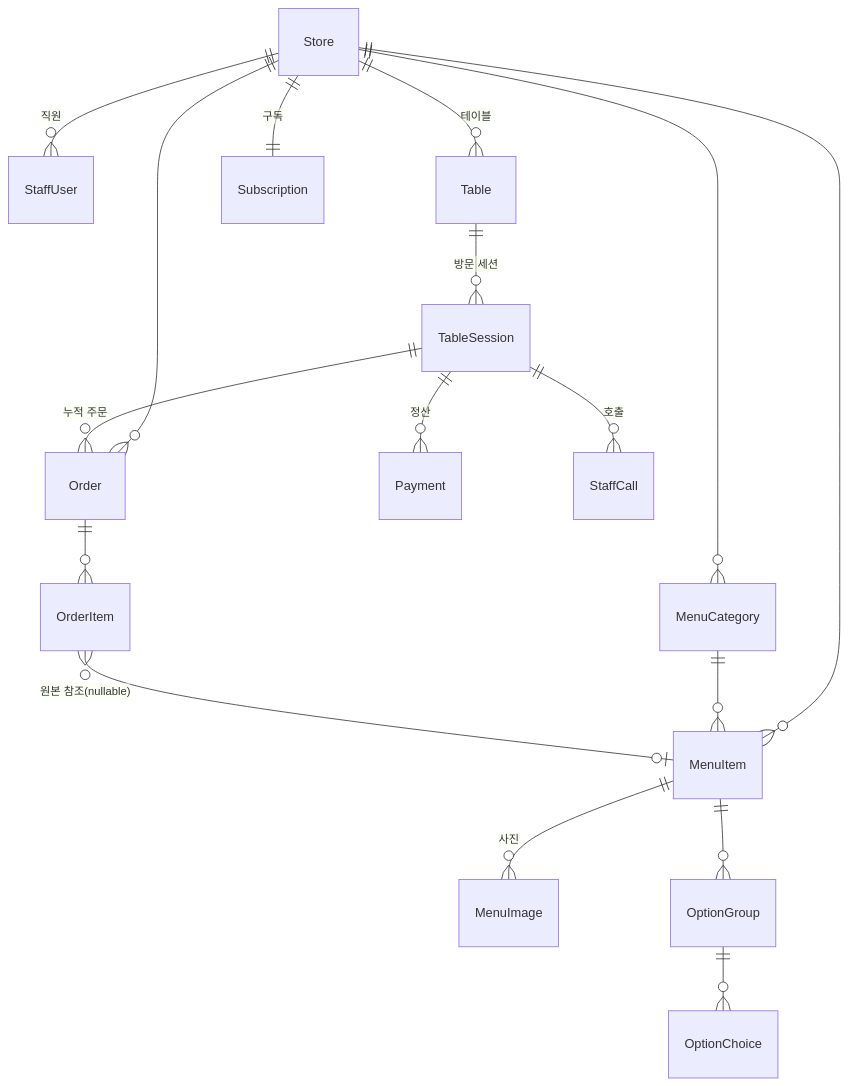
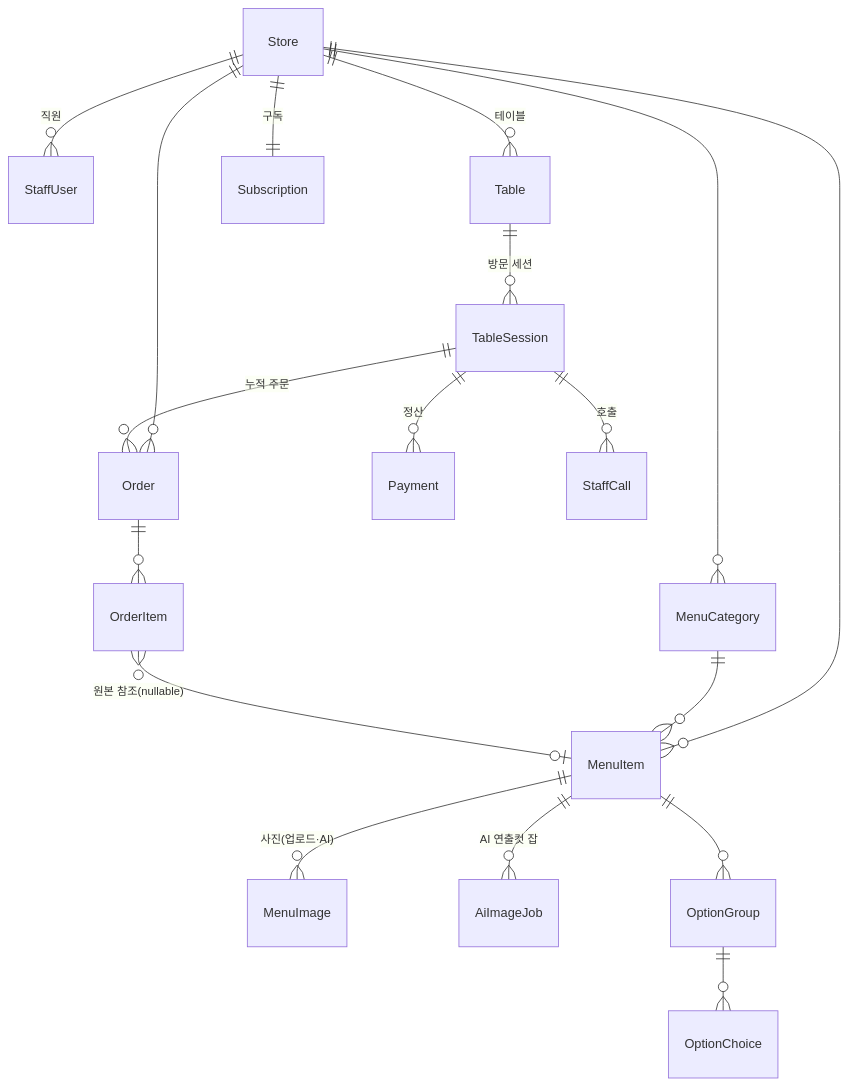
One commit to papascompany/intranet changed the first of 3 diagrams in table-order/docs/03-data-model.md. Above: the diagram before and after it, drawn with Mermaid. The commit also changed other lines of this file and 13 other files, not shown here.

````diff
--- a/table-order/docs/03-data-model.md
+++ b/table-order/docs/03-data-model.md
@@ -8,19 +8,20 @@
 ```mermaid
 erDiagram
     Store ||--o{ StaffUser : "직원"
     Store ||--o{ Table : "테이블"
     Store ||--o{ MenuCategory : ""
     Store ||--o{ MenuItem : ""
     Store ||--o{ Order : ""
     Store ||--|| Subscription : "구독"
     Table ||--o{ TableSession : "방문 세션"
     TableSession ||--o{ Order : "누적 주문"
     TableSession ||--o{ Payment : "정산"
     TableSession ||--o{ StaffCall : "호출"
     MenuCategory ||--o{ MenuItem : ""
-    MenuItem ||--o{ MenuImage : "사진"
+    MenuItem ||--o{ MenuImage : "사진(업로드·AI)"
+    MenuItem ||--o{ AiImageJob : "AI 연출컷 잡"
     MenuItem ||--o{ OptionGroup : ""
     OptionGroup ||--o{ OptionChoice : ""
     Order ||--o{ OrderItem : ""
     OrderItem }o--o| MenuItem : "원본 참조(nullable)"
 ```
````
